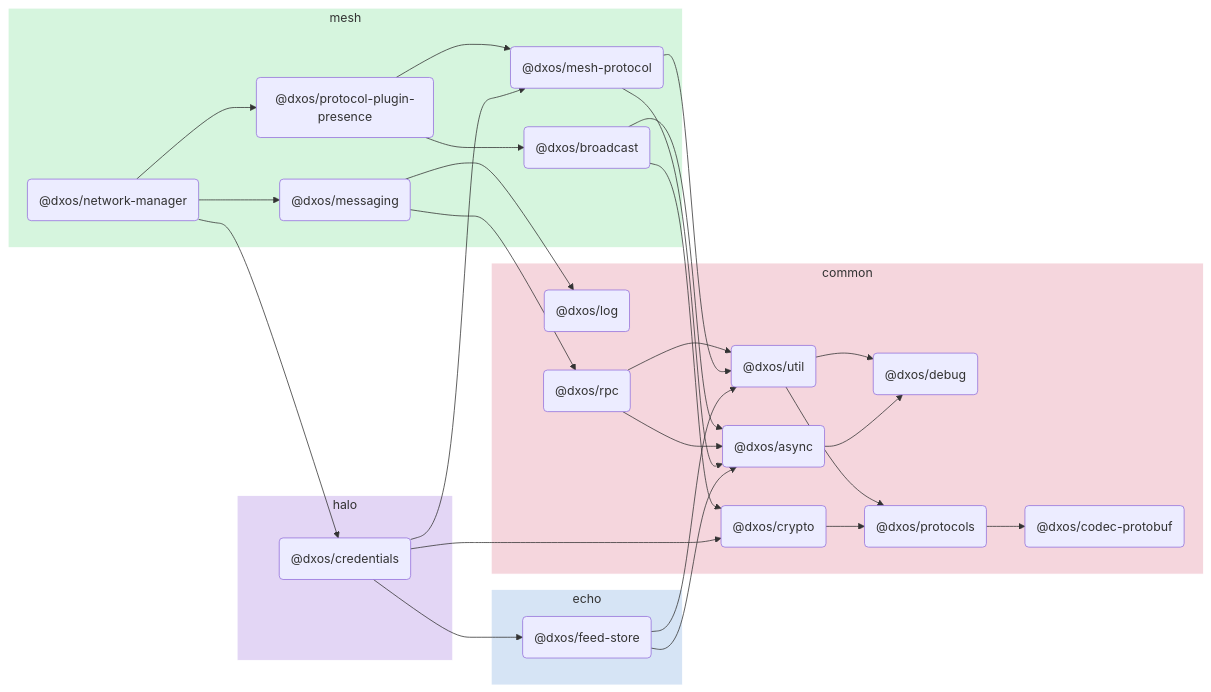
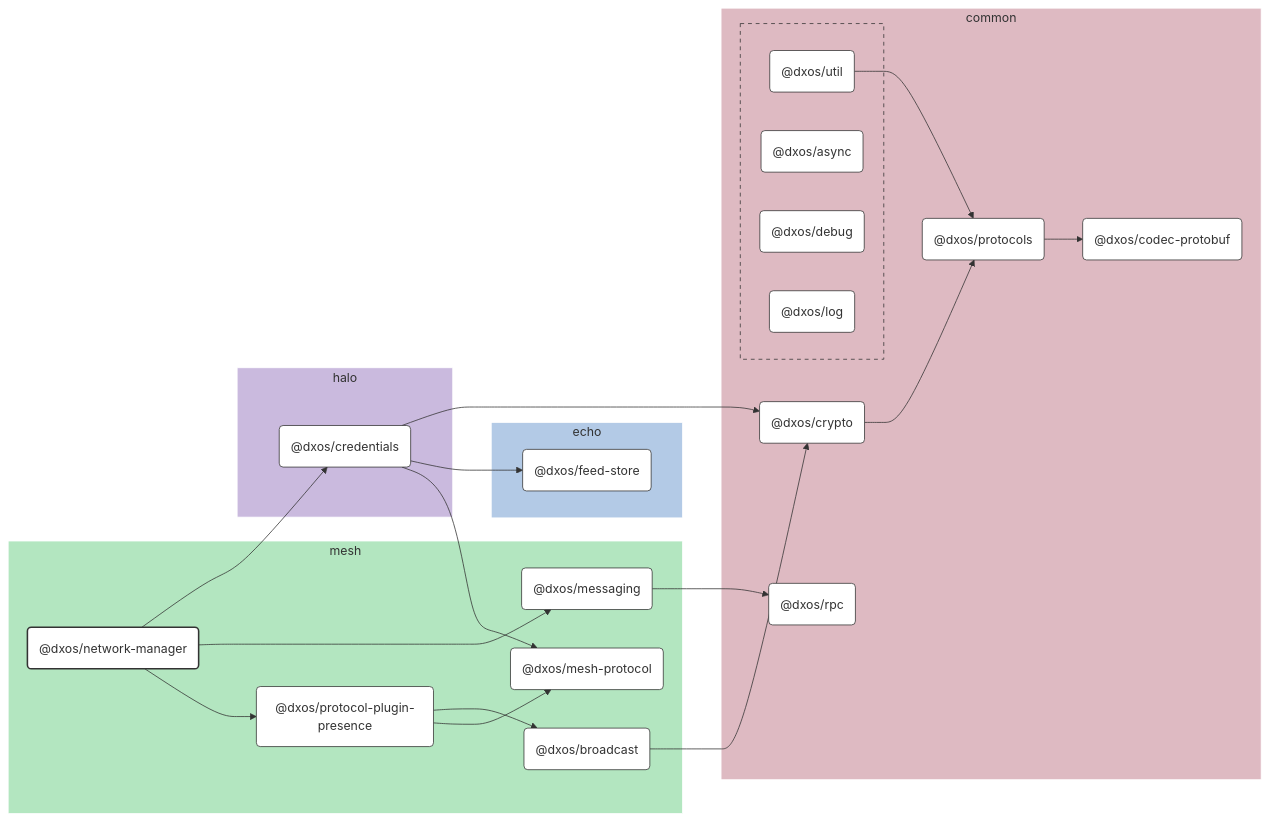
Before and after one commit to dxos/dxos: the diagram in packages/mesh/network-manager/docs/README.md, drawn with Mermaid. The commit also changed other lines of this file and 109 other files, not shown here.

````diff
--- a/packages/mesh/network-manager/docs/README.md
+++ b/packages/mesh/network-manager/docs/README.md
@@ -5,58 +7,100 @@
 ```mermaid
-flowchart LR;
+%%{ init: {'flowchart':{'curve':'basis'}} }%%
 
+flowchart LR
+
+%% Links
+dxos/broadcast --> dxos/crypto;
+dxos/credentials --> dxos/crypto;
+dxos/credentials --> dxos/feed-store;
+dxos/credentials --> dxos/mesh-protocol;
+dxos/crypto --> dxos/protocols;
+dxos/messaging --> dxos/rpc;
+dxos/network-manager --> dxos/credentials;
+dxos/network-manager --> dxos/messaging;
+dxos/network-manager --> dxos/protocol-plugin-presence;
+dxos/protocol-plugin-presence --> dxos/broadcast;
+dxos/protocol-plugin-presence --> dxos/mesh-protocol;
+dxos/protocols --> dxos/codec-protobuf;
+dxos/util --> dxos/protocols;
+
+%% Sections
 subgraph mesh
-  style mesh fill:#d6f5de,stroke:#fff;
-  dxos/network-manager("@dxos/network-manager");
-  dxos/mesh-protocol("@dxos/mesh-protocol");
-  dxos/messaging("@dxos/messaging");
-  dxos/protocol-plugin-presence("@dxos/protocol-plugin-presence");
-  dxos/broadcast("@dxos/broadcast");
+  style mesh fill:#b3e6c0,stroke:#fff;
+
+  dxos/broadcast("@dxos/broadcast")
+  dxos/mesh-protocol("@dxos/mesh-protocol")
+  dxos/messaging("@dxos/messaging")
+  dxos/network-manager("@dxos/network-manager")
+  dxos/protocol-plugin-presence("@dxos/protocol-plugin-presence")
 end
 
 subgraph common
-  style common fill:#f5d6dd,stroke:#fff;
-  dxos/async("@dxos/async");
-  dxos/debug("@dxos/debug");
-  dxos/codec-protobuf("@dxos/codec-protobuf");
-  dxos/crypto("@dxos/crypto");
-  dxos/protocols("@dxos/protocols");
-  dxos/util("@dxos/util");
-  dxos/log("@dxos/log");
-  dxos/rpc("@dxos/rpc");
+  style common fill:#debac2,stroke:#fff;
+
+  dxos/codec-protobuf("@dxos/codec-protobuf")
+  dxos/crypto("@dxos/crypto")
+  dxos/protocols("@dxos/protocols")
+  dxos/rpc("@dxos/rpc")
+
+  subgraph common-excluded [ ]
+    style common-excluded fill:#debac2,stroke:#333,stroke-dasharray:5 5;
+
+    dxos/async("@dxos/async")
+    dxos/debug("@dxos/debug")
+    dxos/log("@dxos/log")
+    dxos/util("@dxos/util")
+  end
 end
 
 subgraph halo
-  style halo fill:#e3d6f5,stroke:#fff;
-  dxos/credentials("@dxos/credentials");
+  style halo fill:#cabade,stroke:#fff;
+
+  dxos/credentials("@dxos/credentials")
 end
 
 subgraph echo
-  style echo fill:#d6e4f5,stroke:#fff;
-  dxos/feed-store("@dxos/feed-store");
+  style echo fill:#b3cae6,stroke:#fff;
+
+  dxos/feed-store("@dxos/feed-store")
 end
 
-dxos/async --> dxos/debug;
-dxos/network-manager --> dxos/credentials;
-dxos/credentials --> dxos/crypto;
-dxos/crypto --> dxos/protocols;
-dxos/protocols --> dxos/codec-protobuf;
-dxos/credentials --> dxos/feed-store;
-dxos/feed-store --> dxos/async;
-dxos/feed-store --> dxos/util;
-dxos/util --> dxos/debug;
-dxos/util --> dxos/protocols;
-dxos/credentials --> dxos/mesh-protocol;
-dxos/mesh-protocol --> dxos/async;
-dxos/mesh-protocol --> dxos/util;
-dxos/network-manager --> dxos/messaging;
-dxos/messaging --> dxos/log;
-dxos/messaging --> dxos/rpc;
-dxos/rpc --> dxos/async;
-dxos/rpc --> dxos/util;
-dxos/network-manager --> dxos/protocol-plugin-presence;
-dxos/protocol-plugin-presence --> dxos/broadcast;
-dxos/broadcast --> dxos/async;
-dxos/broadcast --> dxos/crypto;
-dxos/protocol-plugin-presence --> dxos/mesh-protocol;
+
+%% Hyperlinks
+click dxos/async href "https:/github.com/dxos/dxos/tree/main/packages/common/async/docs";
+click dxos/broadcast href "https:/github.com/dxos/dxos/tree/main/packages/mesh/broadcast/docs";
+click dxos/codec-protobuf href "https:/github.com/dxos/dxos/tree/main/packages/common/codec-protobuf/docs";
+click dxos/credentials href "https:/github.com/dxos/dxos/tree/main/packages/halo/credentials/docs";
+click dxos/crypto href "https:/github.com/dxos/dxos/tree/main/packages/common/crypto/docs";
+click dxos/debug href "https:/github.com/dxos/dxos/tree/main/packages/common/debug/docs";
+click dxos/feed-store href "https:/github.com/dxos/dxos/tree/main/packages/echo/feed-store/docs";
+click dxos/log href "https:/github.com/dxos/dxos/tree/main/packages/common/log/docs";
+click dxos/mesh-protocol href "https:/github.com/dxos/dxos/tree/main/packages/mesh/mesh-protocol/docs";
+click dxos/messaging href "https:/github.com/dxos/dxos/tree/main/packages/mesh/messaging/docs";
+click dxos/protocol-plugin-presence href "https:/github.com/dxos/dxos/tree/main/packages/mesh/protocol-plugin-presence/docs";
+click dxos/protocols href "https:/github.com/dxos/dxos/tree/main/packages/common/protocols/docs";
+click dxos/rpc href "https:/github.com/dxos/dxos/tree/main/packages/common/rpc/docs";
+click dxos/util href "https:/github.com/dxos/dxos/tree/main/packages/common/util/docs";
+
+%% Styles
+classDef rootNode fill:#fff,stroke:#333,stroke-width:2px
+classDef defaultNode fill:#fff,stroke:#333,stroke-width:1px
+linkStyle default stroke:#333,stroke-width:1px
+
+dxos/network-manager:::rootNode
+
+dxos/async:::defaultNode
+dxos/broadcast:::defaultNode
+dxos/codec-protobuf:::defaultNode
+dxos/credentials:::defaultNode
+dxos/crypto:::defaultNode
+dxos/debug:::defaultNode
+dxos/feed-store:::defaultNode
+dxos/log:::defaultNode
+dxos/mesh-protocol:::defaultNode
+dxos/messaging:::defaultNode
+dxos/protocol-plugin-presence:::defaultNode
+dxos/protocols:::defaultNode
+dxos/rpc:::defaultNode
+dxos/util:::defaultNode
 ```
````
